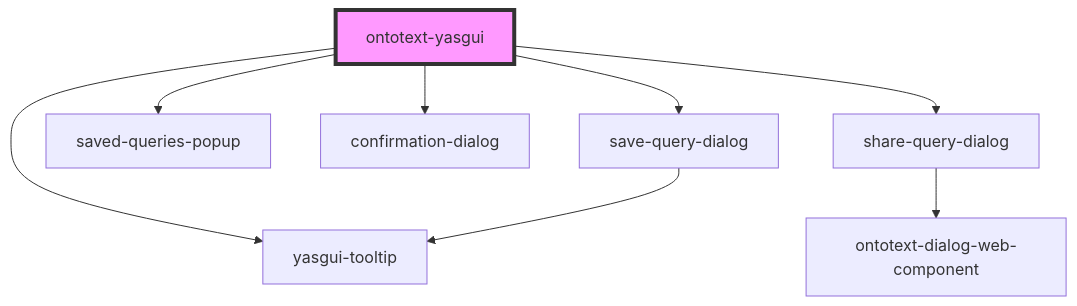
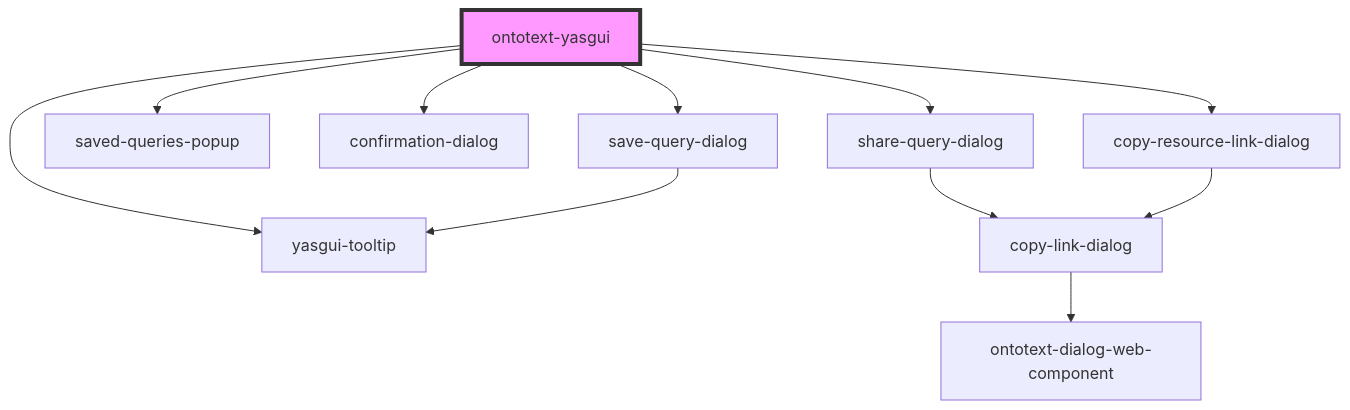
One commit to Ontotext-AD/ontotext-yasgui changed the diagram in ontotext-yasgui-web-component/src/components/ontotext-yasgui-web-component/readme.md. Above: the diagram before and after it, drawn with Mermaid. The commit also changed other lines of this file and 34 other files, not shown here.

````diff
--- a/ontotext-yasgui-web-component/src/components/ontotext-yasgui-web-component/readme.md
+++ b/ontotext-yasgui-web-component/src/components/ontotext-yasgui-web-component/readme.md
@@ -90,11 +92,14 @@
 ```mermaid
 graph TD;
   ontotext-yasgui --> yasgui-tooltip
   ontotext-yasgui --> save-query-dialog
   ontotext-yasgui --> saved-queries-popup
   ontotext-yasgui --> confirmation-dialog
   ontotext-yasgui --> share-query-dialog
+  ontotext-yasgui --> copy-resource-link-dialog
   save-query-dialog --> yasgui-tooltip
-  share-query-dialog --> ontotext-dialog-web-component
+  share-query-dialog --> copy-link-dialog
+  copy-link-dialog --> ontotext-dialog-web-component
+  copy-resource-link-dialog --> copy-link-dialog
   style ontotext-yasgui fill:#f9f,stroke:#333,stroke-width:4px
 ```
````
